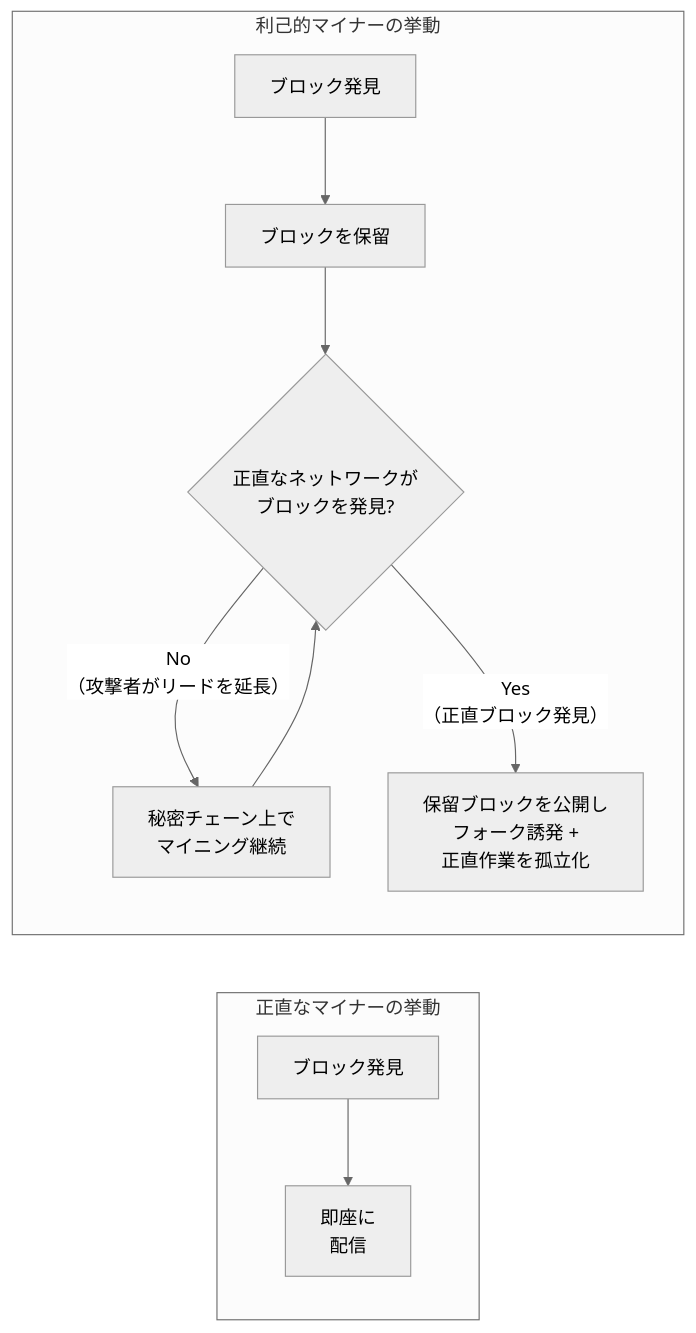
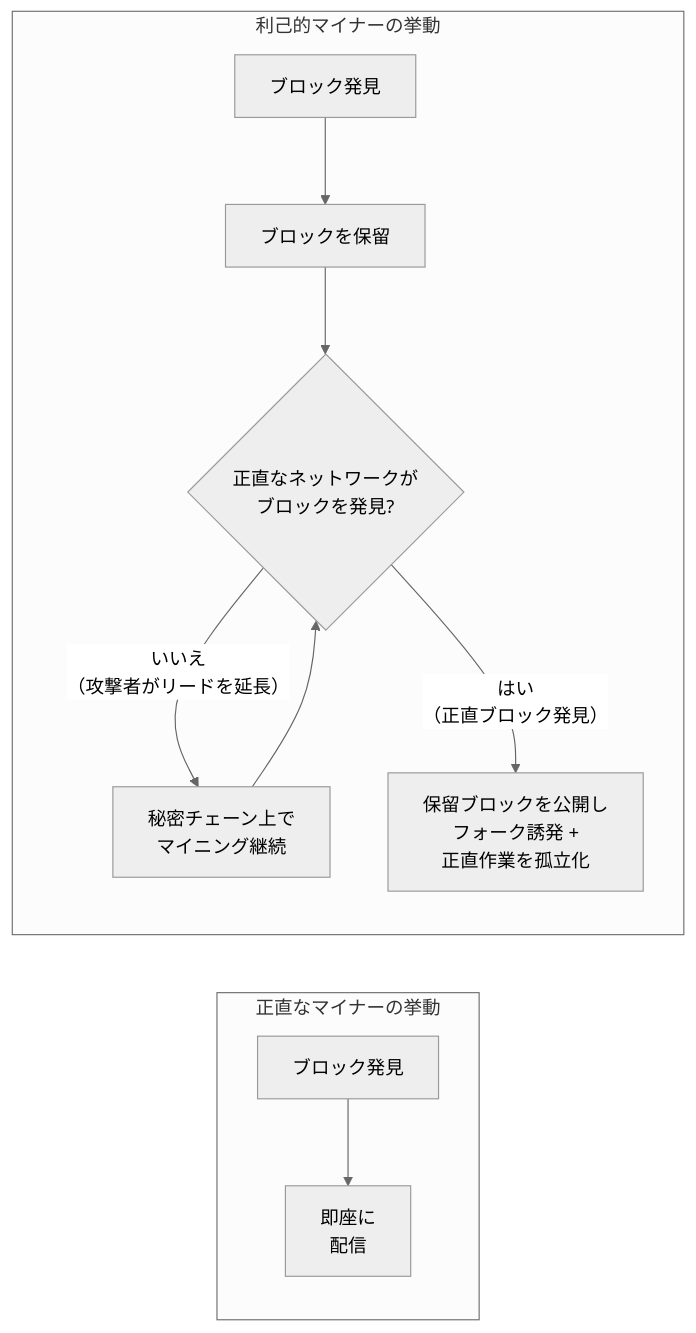
One commit to cypher256/BitcoinArchive changed the fourth of 8 diagrams in src/data/translations/ja/design/2009-01-03-bitcoin-security-model.md. Above: the diagram before and after it, drawn with Mermaid (neutral theme). The commit also changed 7 other files, not shown here.

````diff
--- a/src/data/translations/ja/design/2009-01-03-bitcoin-security-model.md
+++ b/src/data/translations/ja/design/2009-01-03-bitcoin-security-model.md
@@ -178,14 +178,14 @@
 ```mermaid
 flowchart LR
     subgraph HONEST["正直なマイナーの挙動"]
         FIND_H["ブロック発見"] --> BROADCAST["即座に\n配信"]
     end
 
     subgraph SELFISH["利己的マイナーの挙動"]
         FIND_S["ブロック発見"] --> WITHHOLD["ブロックを保留"]
         WITHHOLD --> WAIT{"正直なネットワークが\nブロックを発見?"}
-        WAIT -- "No\n（攻撃者がリードを延長）" --> FIND_NEXT["秘密チェーン上で\nマイニング継続"]
-        WAIT -- "Yes\n（正直ブロック発見）" --> RELEASE["保留ブロックを公開し\nフォーク誘発 +\n正直作業を孤立化"]
+        WAIT -- "いいえ\n（攻撃者がリードを延長）" --> FIND_NEXT["秘密チェーン上で\nマイニング継続"]
+        WAIT -- "はい\n（正直ブロック発見）" --> RELEASE["保留ブロックを公開し\nフォーク誘発 +\n正直作業を孤立化"]
         FIND_NEXT --> WAIT
     end
 ```
````
